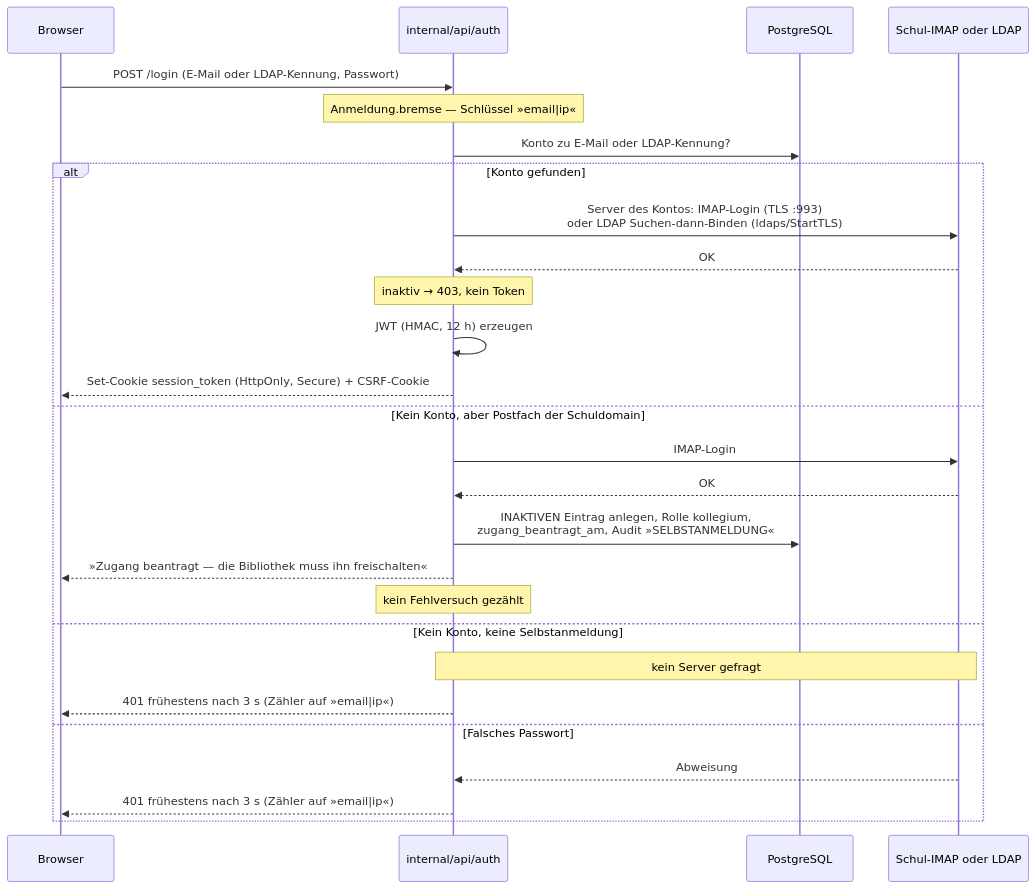
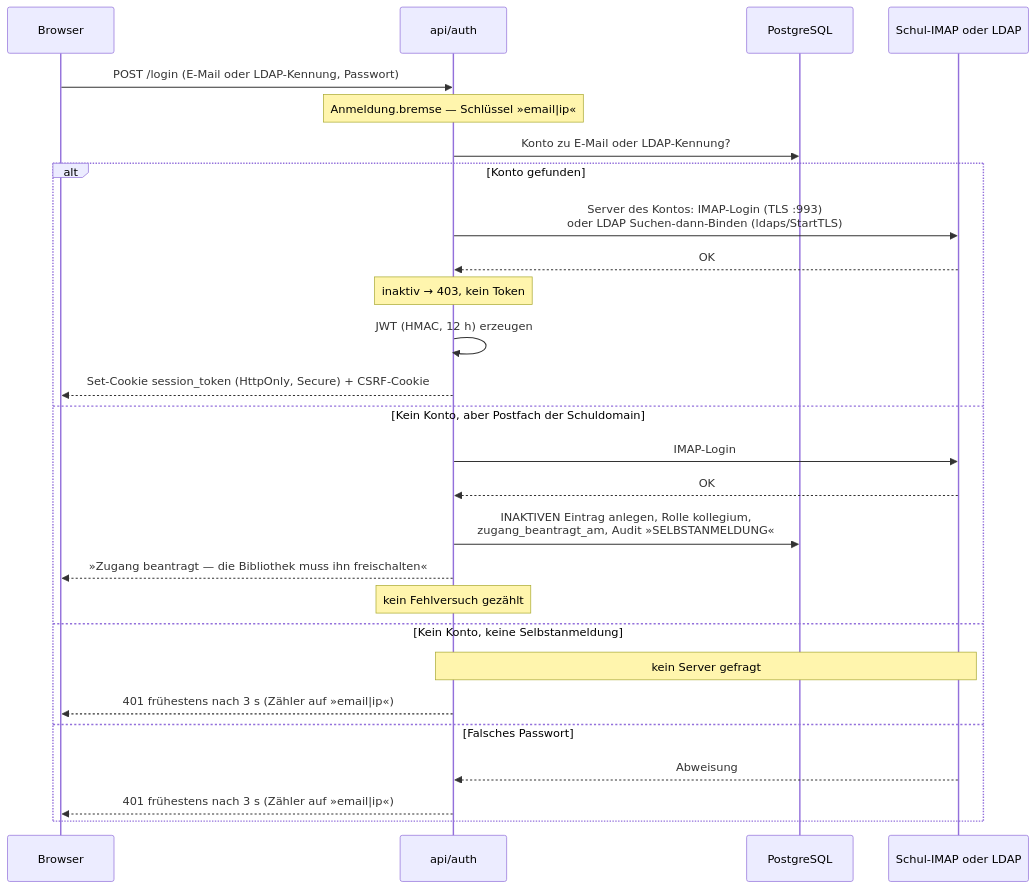
Before and after one commit to uuuxy/bibliothek: the second of 5 diagrams in docs/ARCHITEKTUR.md, drawn with Mermaid. The commit also changed other lines of this file and 1 other file, not shown here.

````diff
--- a/docs/ARCHITEKTUR.md
+++ b/docs/ARCHITEKTUR.md
@@ -1195,30 +1195,30 @@
 ```mermaid
 sequenceDiagram
     participant B as Browser
-    participant A as internal/api/auth
+    participant A as api/auth
     participant DB as PostgreSQL
     participant S as Schul-IMAP oder LDAP
 
     B->>A: POST /login (E-Mail oder LDAP-Kennung, Passwort)
     Note over A: Anmeldung.bremse — Schlüssel »email|ip«
     A->>DB: Konto zu E-Mail oder LDAP-Kennung?
     alt Konto gefunden
         A->>S: Server des Kontos: IMAP-Login (TLS :993)<br/>oder LDAP Suchen-dann-Binden (ldaps/StartTLS)
         S-->>A: OK
         Note over A: inaktiv → 403, kein Token
         A->>A: JWT (HMAC, 12 h) erzeugen
         A-->>B: Set-Cookie session_token (HttpOnly, Secure) + CSRF-Cookie
     else Kein Konto, aber Postfach der Schuldomain
         A->>S: IMAP-Login
         S-->>A: OK
         A->>DB: INAKTIVEN Eintrag anlegen, Rolle kollegium,<br/>zugang_beantragt_am, Audit »SELBSTANMELDUNG«
         A-->>B: »Zugang beantragt — die Bibliothek muss ihn freischalten«
         Note over A: kein Fehlversuch gezählt
     else Kein Konto, keine Selbstanmeldung
         Note over A,S: kein Server gefragt
         A-->>B: 401 frühestens nach 3 s (Zähler auf »email|ip«)
     else Falsches Passwort
         S-->>A: Abweisung
         A-->>B: 401 frühestens nach 3 s (Zähler auf »email|ip«)
     end
 ```
````
